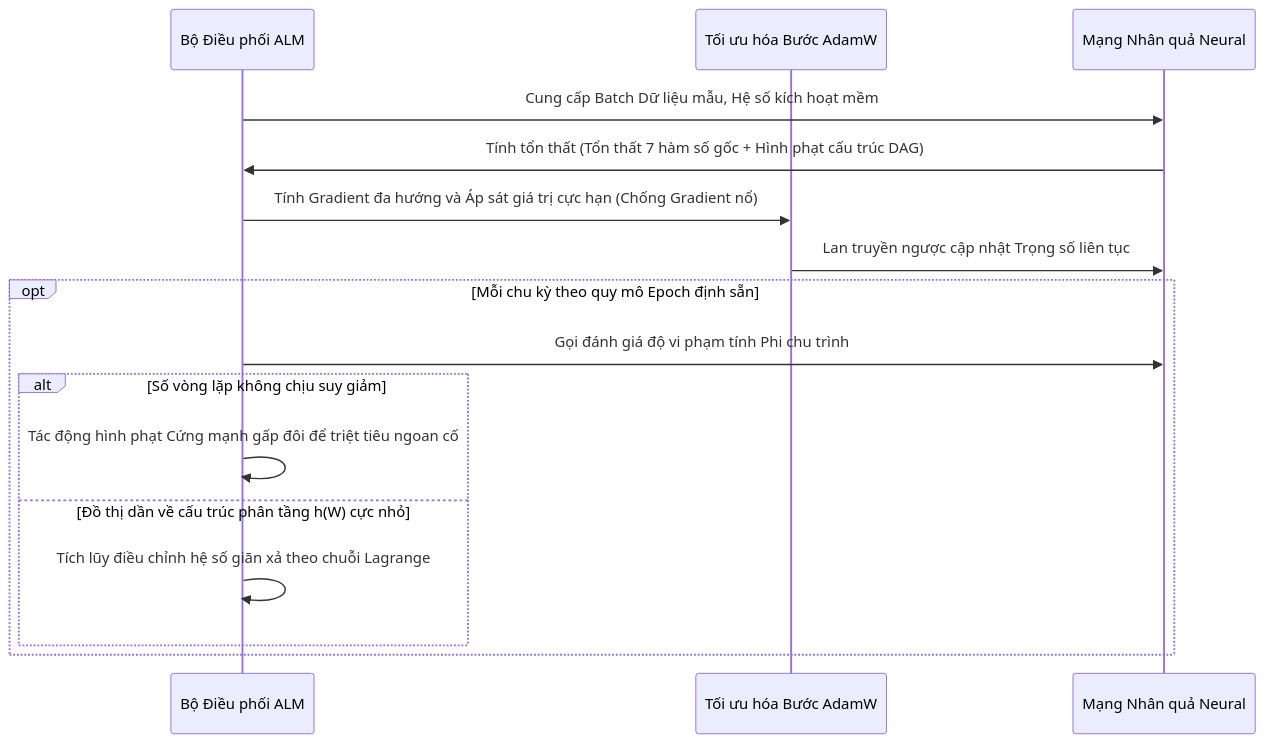
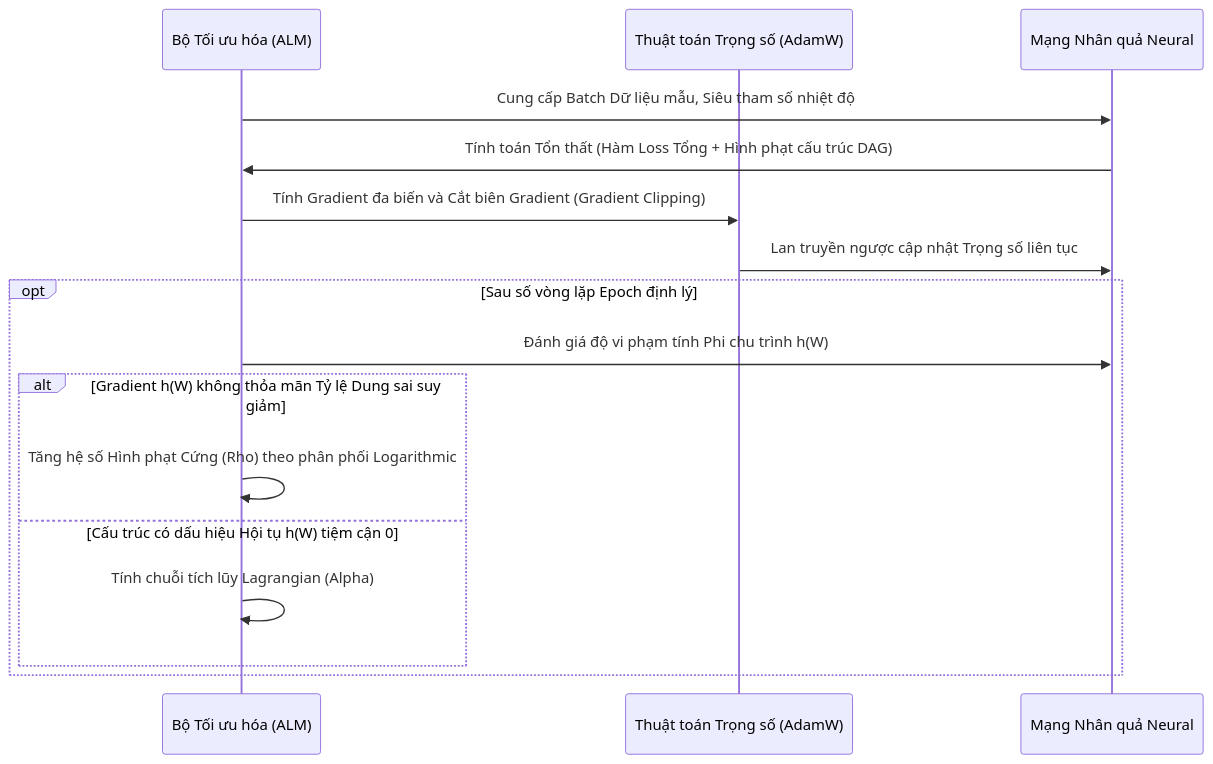
One commit to manhthai1706/DeepANM changed the fifth of 6 diagrams in docx/Chuong2_MoHinhDeepANM.md. Above: the diagram before and after it, drawn with Mermaid. The commit also changed other lines of this file, not shown here.

````diff
--- a/docx/Chuong2_MoHinhDeepANM.md
+++ b/docx/Chuong2_MoHinhDeepANM.md
@@ -158,20 +158,20 @@
 ```mermaid
 sequenceDiagram
-    participant T as Bộ Điều phối ALM
-    participant O as Tối ưu hóa Bước AdamW
+    participant T as Bộ Tối ưu hóa (ALM)
+    participant O as Thuật toán Trọng số (AdamW)
     participant M as Mạng Nhân quả Neural
     
-    T->>M: Cung cấp Batch Dữ liệu mẫu, Hệ số kích hoạt mềm
-    M->>T: Tính tổn thất (Tổn thất 7 hàm số gốc + Hình phạt cấu trúc DAG)
-    T->>O: Tính Gradient đa hướng và Áp sát giá trị cực hạn (Chống Gradient nổ)
+    T->>M: Cung cấp Batch Dữ liệu mẫu, Siêu tham số nhiệt độ
+    M->>T: Tính toán Tổn thất (Hàm Loss Tổng + Hình phạt cấu trúc DAG)
+    T->>O: Tính Gradient đa biến và Cắt biên Gradient (Gradient Clipping)
     O->>M: Lan truyền ngược cập nhật Trọng số liên tục
     
-    opt Mỗi chu kỳ theo quy mô Epoch định sẵn
-        T->>M: Gọi đánh giá độ vi phạm tính Phi chu trình
-        alt Số vòng lặp không chịu suy giảm
-            T->>T: Tác động hình phạt Cứng mạnh gấp đôi để triệt tiêu ngoan cố
-        else Đồ thị dần về cấu trúc phân tầng h(W) cực nhỏ
-            T->>T: Tích lũy điều chỉnh hệ số giãn xả theo chuỗi Lagrange
+    opt Sau số vòng lặp Epoch định lý
+        T->>M: Đánh giá độ vi phạm tính Phi chu trình h(W)
+        alt Gradient h(W) không thỏa mãn Tỷ lệ Dung sai suy giảm
+            T->>T: Tăng hệ số Hình phạt Cứng (Rho) theo phân phối Logarithmic
+        else Cấu trúc có dấu hiệu Hội tụ h(W) tiệm cận 0
+            T->>T: Tính chuỗi tích lũy Lagrangian (Alpha)
         end
     end
 ```
````
